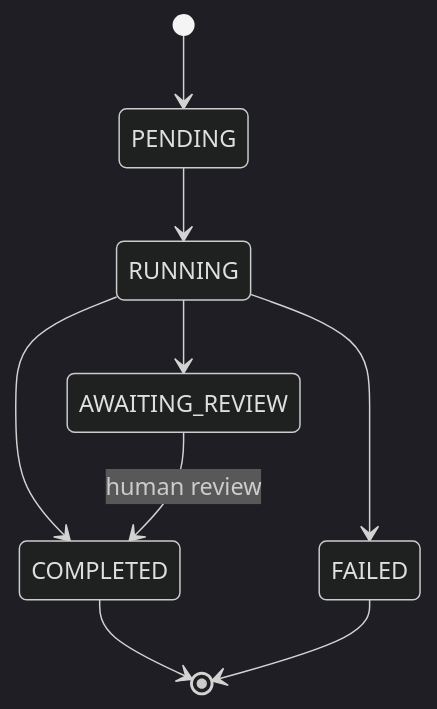
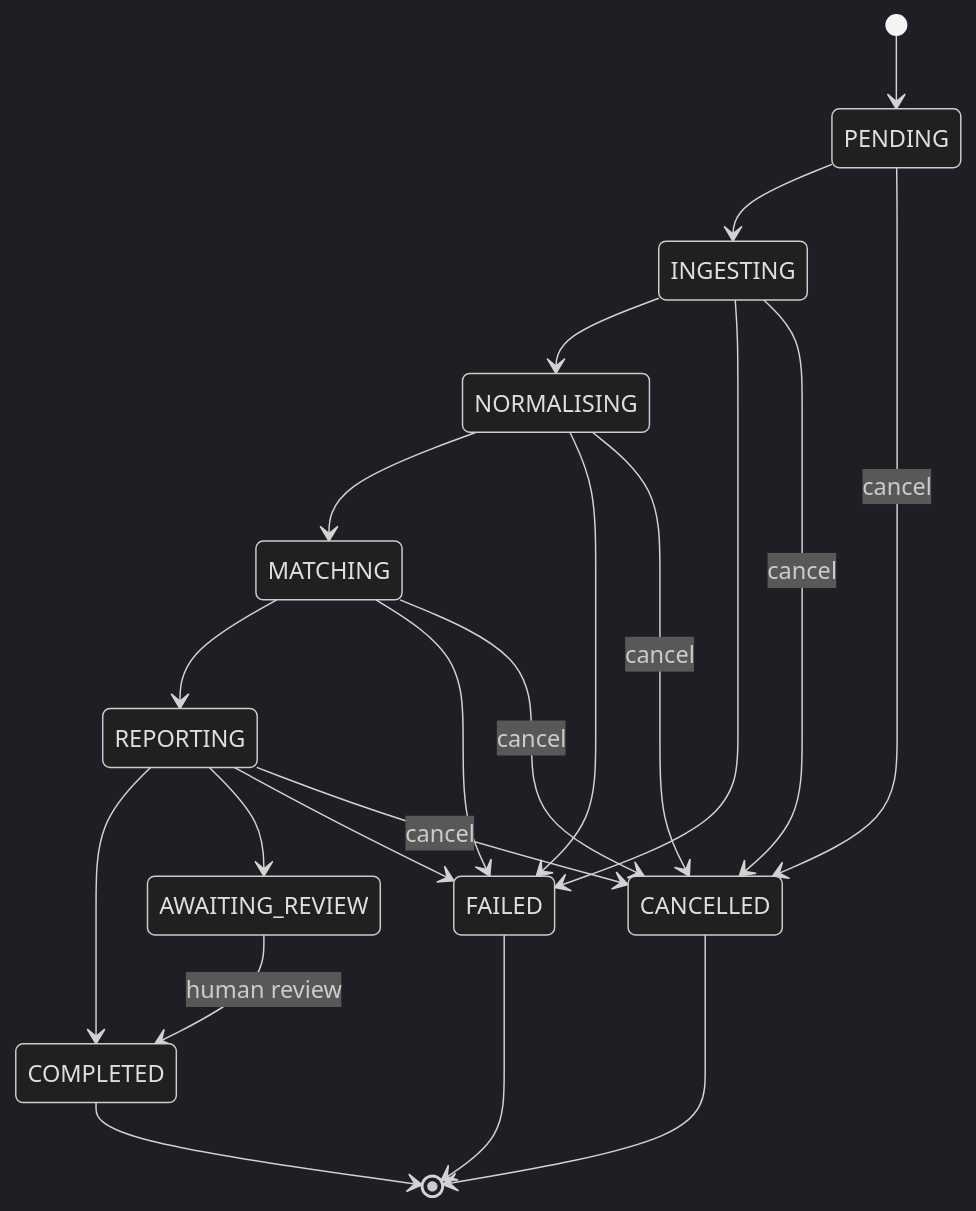
One commit to adamchok/Aria changed the diagram in docs/api-reference.md. Above: the diagram before and after it, drawn with Mermaid (dark theme). The commit also changed other lines of this file and 11 other files, not shown here.

````diff
--- a/docs/api-reference.md
+++ b/docs/api-reference.md
@@ -741,11 +774,23 @@
 ```mermaid
 stateDiagram-v2
   [*] --> PENDING
-  PENDING --> RUNNING
-  RUNNING --> COMPLETED
-  RUNNING --> AWAITING_REVIEW
-  RUNNING --> FAILED
+  PENDING --> INGESTING
+  INGESTING --> NORMALISING
+  NORMALISING --> MATCHING
+  MATCHING --> REPORTING
+  REPORTING --> COMPLETED
+  REPORTING --> AWAITING_REVIEW
+  REPORTING --> FAILED
+  INGESTING --> FAILED
+  NORMALISING --> FAILED
+  MATCHING --> FAILED
+  PENDING --> CANCELLED: cancel
+  INGESTING --> CANCELLED: cancel
+  NORMALISING --> CANCELLED: cancel
+  MATCHING --> CANCELLED: cancel
+  REPORTING --> CANCELLED: cancel
   AWAITING_REVIEW --> COMPLETED: human review
   COMPLETED --> [*]
   FAILED --> [*]
+  CANCELLED --> [*]
 ```
````
